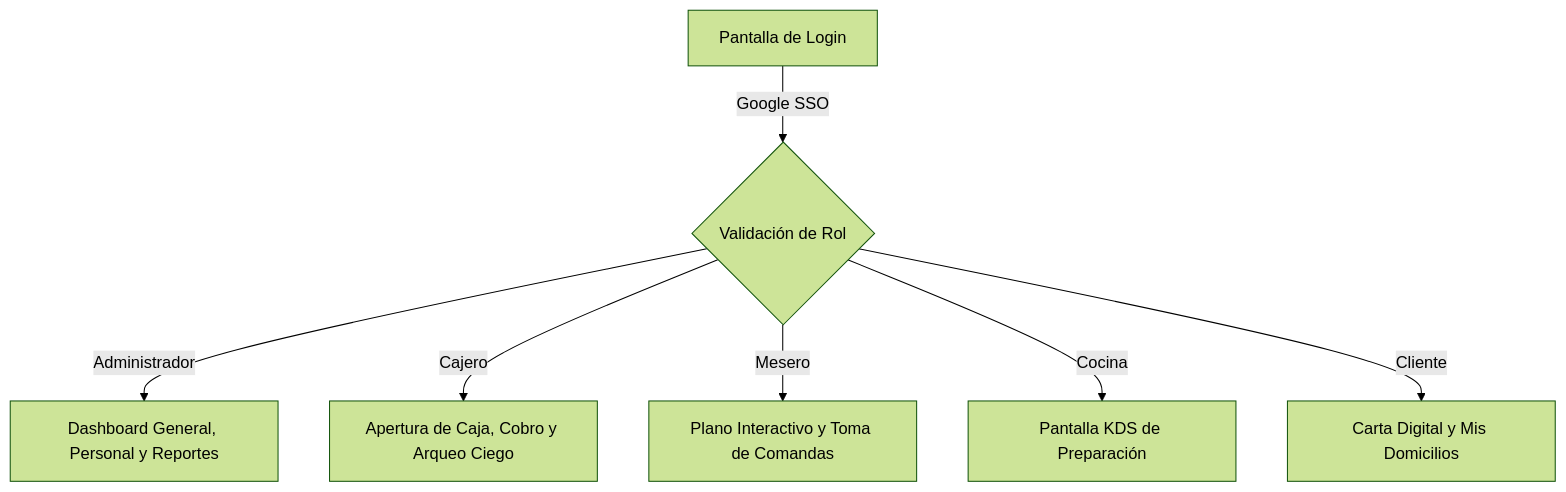
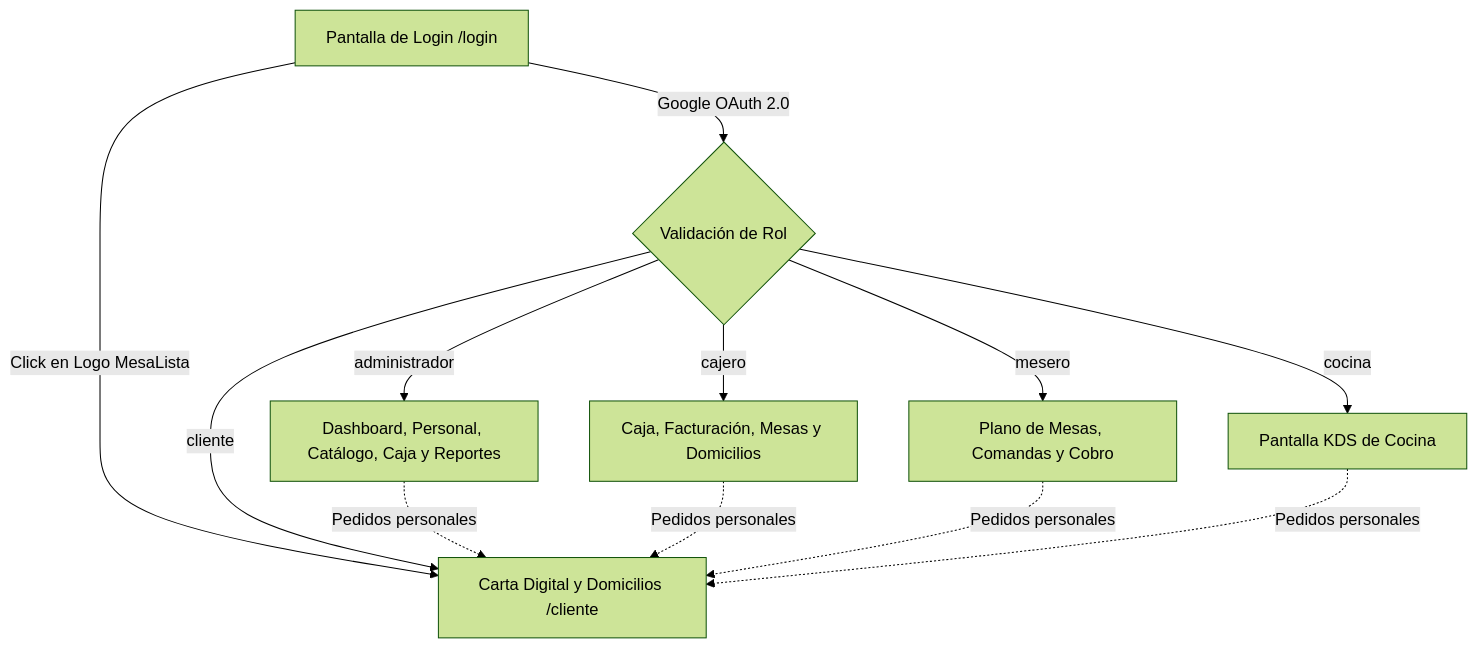
The diagram in docs/manual-tecnico-usuario.md (juanesmartinezunicauca/MesaLista), drawn with Mermaid (forest theme) before and after one commit. The commit also changed other lines of this file and 73 other files, not shown here.

````diff
--- a/docs/manual-tecnico-usuario.md
+++ b/docs/manual-tecnico-usuario.md
@@ -140,9 +142,14 @@
 ```mermaid
 graph TD
-    Login[Pantalla de Login] -->|Google SSO| CheckRol{Validación de Rol}
-    CheckRol -->|Administrador| PanelAdmin[Dashboard General, Personal y Reportes]
-    CheckRol -->|Cajero| PanelCaja[Apertura de Caja, Cobro y Arqueo Ciego]
-    CheckRol -->|Mesero| PanelMesas[Plano Interactivo y Toma de Comandas]
-    CheckRol -->|Cocina| PanelKDS[Pantalla KDS de Preparación]
-    CheckRol -->|Cliente| PortalCliente[Carta Digital y Mis Domicilios]
+    Login[Pantalla de Login /login] -->|Click en Logo MesaLista| PortalCliente[Carta Digital y Domicilios /cliente]
+    Login -->|Google OAuth 2.0| CheckRol{Validación de Rol}
+    CheckRol -->|administrador| PanelAdmin[Dashboard, Personal, Catálogo, Caja y Reportes]
+    CheckRol -->|cajero| PanelCaja[Caja, Facturación, Mesas y Domicilios]
+    CheckRol -->|mesero| PanelMesas[Plano de Mesas, Comandas y Cobro]
+    CheckRol -->|cocina| PanelKDS[Pantalla KDS de Cocina]
+    CheckRol -->|cliente| PortalCliente
+    PanelAdmin -.->|Pedidos personales| PortalCliente
+    PanelCaja -.->|Pedidos personales| PortalCliente
+    PanelMesas -.->|Pedidos personales| PortalCliente
+    PanelKDS -.->|Pedidos personales| PortalCliente
 ```
````
